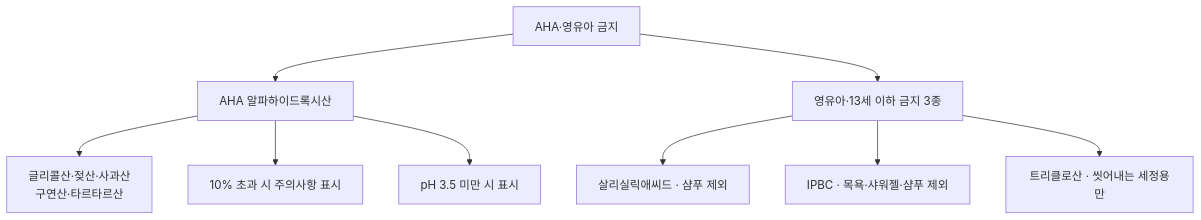
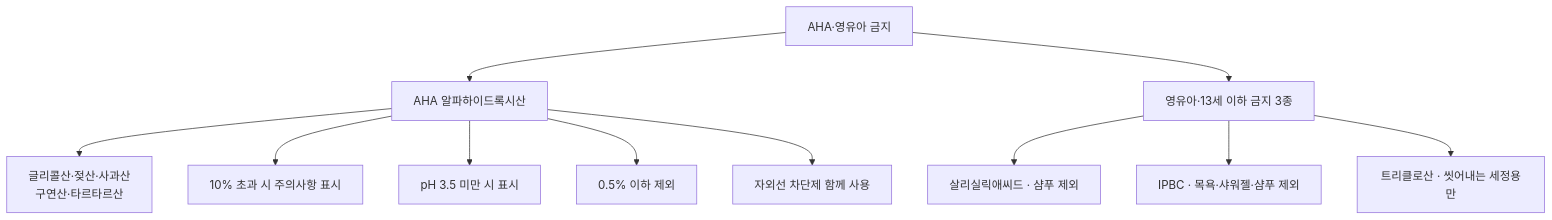
The ninth of 10 diagrams in content/참조자료/과목2/2과목_Ch03_사용제한원료_핵심암기.md (skygoldlee-cyber/Personalized_Skincare), drawn with Mermaid before and after one commit. The commit also changed other lines of this file and 7 other files, not shown here.

````diff
--- a/content/참조자료/과목2/2과목_Ch03_사용제한원료_핵심암기.md
+++ b/content/참조자료/과목2/2과목_Ch03_사용제한원료_핵심암기.md
@@ -366,11 +389,13 @@
 ```mermaid
 flowchart TD
   A[AHA·영유아 금지] --> B[AHA 알파하이드록시산]
   A --> C[영유아·13세 이하 금지 3종]
   B --> B1[글리콜산·젖산·사과산<br/>구연산·타르타르산]
   B --> B2[10% 초과 시 주의사항 표시]
   B --> B3[pH 3.5 미만 시 표시]
+  B --> B4[0.5% 이하 제외]
+  B --> B5[자외선 차단제 함께 사용]
   C --> C1[살리실릭애씨드 · 샴푸 제외]
   C --> C2[IPBC · 목욕·샤워젤·샴푸 제외]
   C --> C3[트리클로산 · 씻어내는 세정용만]
 ```
````
